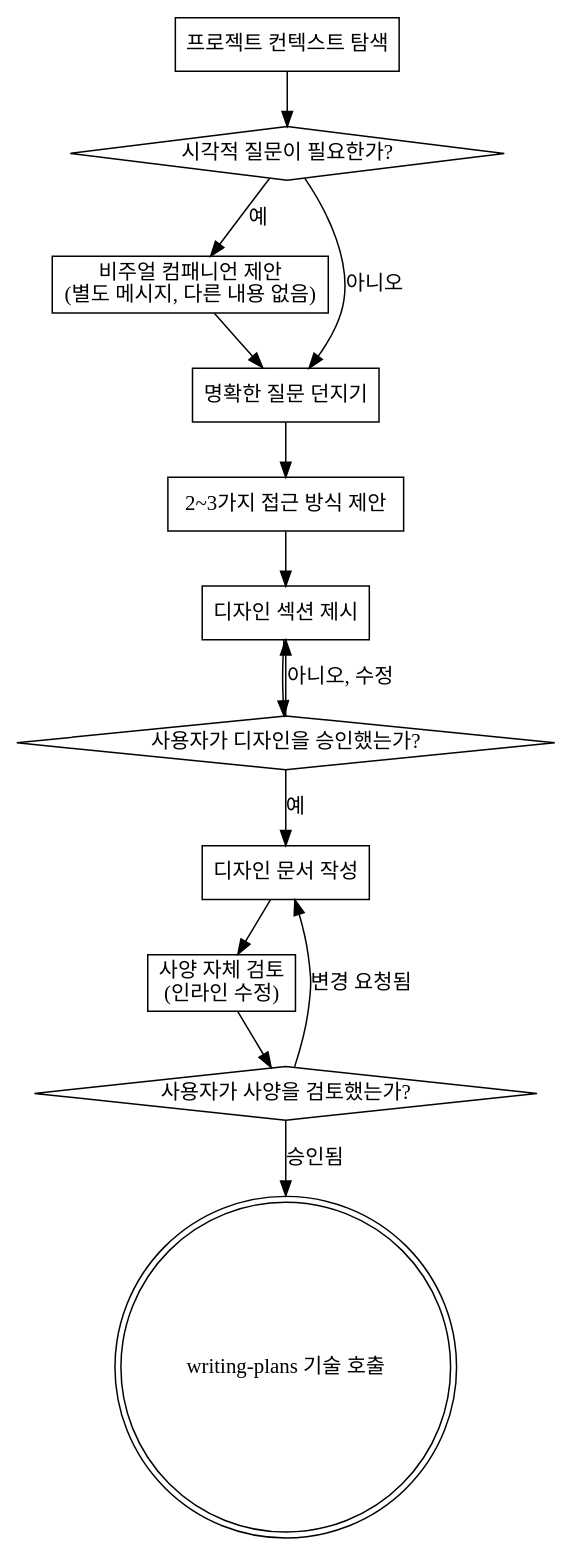
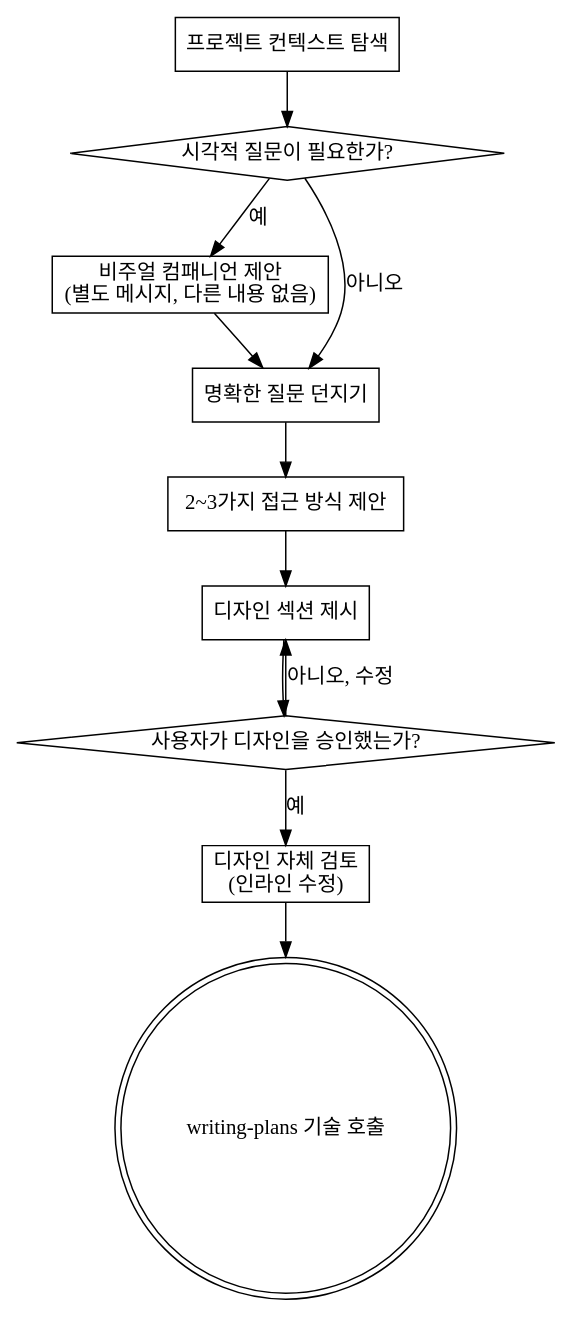
The diagram in skills-ko/brainstorming/SKILL.md (zcarc/superpowers), drawn with Graphviz before and after one commit. The commit also changed other lines of this file and 2 other files, not shown here.

Commit message:
docs: 한국어 브레인스토밍 문서 업데이트 (skills-custom 동기화) - SKILL.md 및 visual-companion.md 내용을 최신 영문 가이드에 맞춰 업데이트 - 별도 사양 문서 생성을 제거하는 간소화된 브레인스토밍 워크플로우 반영 - 더 이상 사용하지 않는 spec-document-reviewer-prompt.md 삭제

````diff
--- a/skills-ko/brainstorming/SKILL.md
+++ b/skills-ko/brainstorming/SKILL.md
@@ -36,29 +34,24 @@
 ```dot
 digraph brainstorming {
     "프로젝트 컨텍스트 탐색" [shape=box];
     "시각적 질문이 필요한가?" [shape=diamond];
     "비주얼 컴패니언 제안\n(별도 메시지, 다른 내용 없음)" [shape=box];
     "명확한 질문 던지기" [shape=box];
     "2~3가지 접근 방식 제안" [shape=box];
     "디자인 섹션 제시" [shape=box];
     "사용자가 디자인을 승인했는가?" [shape=diamond];
-    "디자인 문서 작성" [shape=box];
-    "사양 자체 검토\n(인라인 수정)" [shape=box];
-    "사용자가 사양을 검토했는가?" [shape=diamond];
+    "디자인 자체 검토\n(인라인 수정)" [shape=box];
     "writing-plans 기술 호출" [shape=doublecircle];
 
     "프로젝트 컨텍스트 탐색" -> "시각적 질문이 필요한가?";
     "시각적 질문이 필요한가?" -> "비주얼 컴패니언 제안\n(별도 메시지, 다른 내용 없음)" [label="예"];
     "시각적 질문이 필요한가?" -> "명확한 질문 던지기" [label="아니오"];
     "비주얼 컴패니언 제안\n(별도 메시지, 다른 내용 없음)" -> "명확한 질문 던지기";
     "명확한 질문 던지기" -> "2~3가지 접근 방식 제안";
     "2~3가지 접근 방식 제안" -> "디자인 섹션 제시";
     "디자인 섹션 제시" -> "사용자가 디자인을 승인했는가?";
     "사용자가 디자인을 승인했는가?" -> "디자인 섹션 제시" [label="아니오, 수정"];
-    "사용자가 디자인을 승인했는가?" -> "디자인 문서 작성" [label="예"];
-    "디자인 문서 작성" -> "사양 자체 검토\n(인라인 수정)";
-    "사양 자체 검토\n(인라인 수정)" -> "사용자가 사양을 검토했는가?";
-    "사용자가 사양을 검토했는가?" -> "디자인 문서 작성" [label="변경 요청됨"];
-    "사용자가 사양을 검토했는가?" -> "writing-plans 기술 호출" [label="승인됨"];
+    "사용자가 디자인을 승인했는가?" -> "디자인 자체 검토\n(인라인 수정)" [label="예"];
+    "디자인 자체 검토\n(인라인 수정)" -> "writing-plans 기술 호출";
 }
 ```
````
